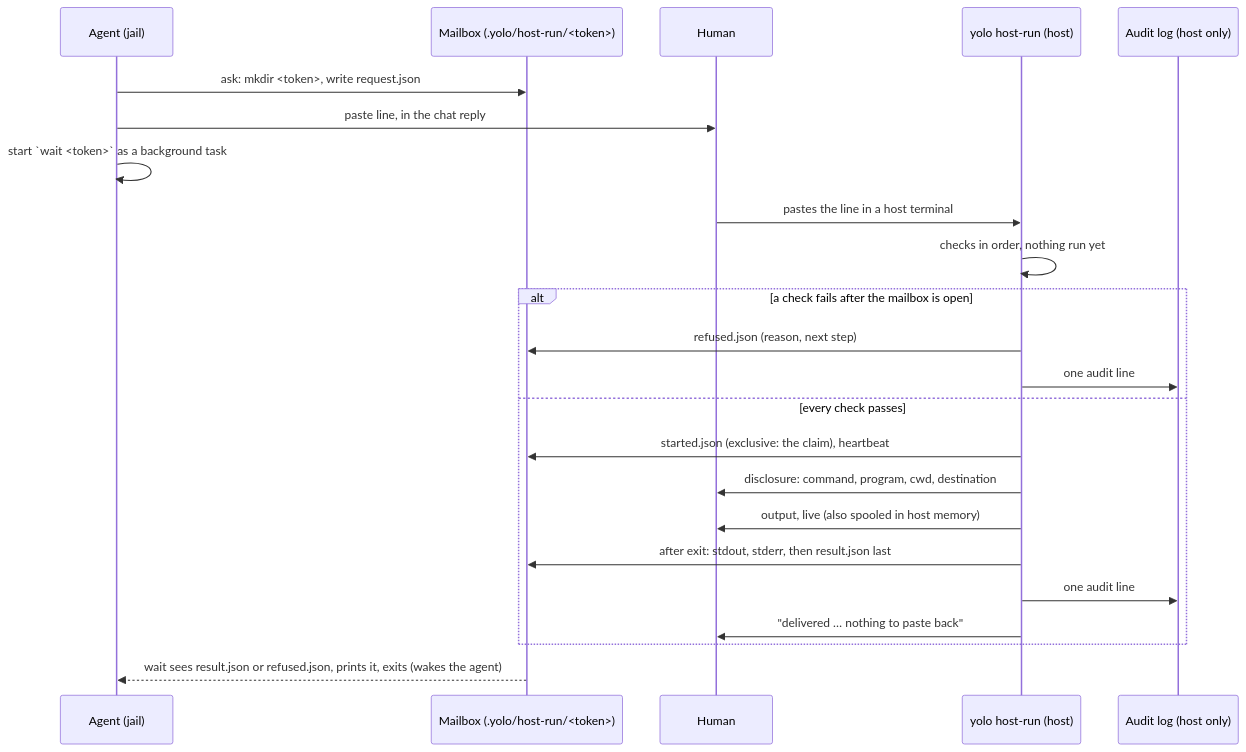
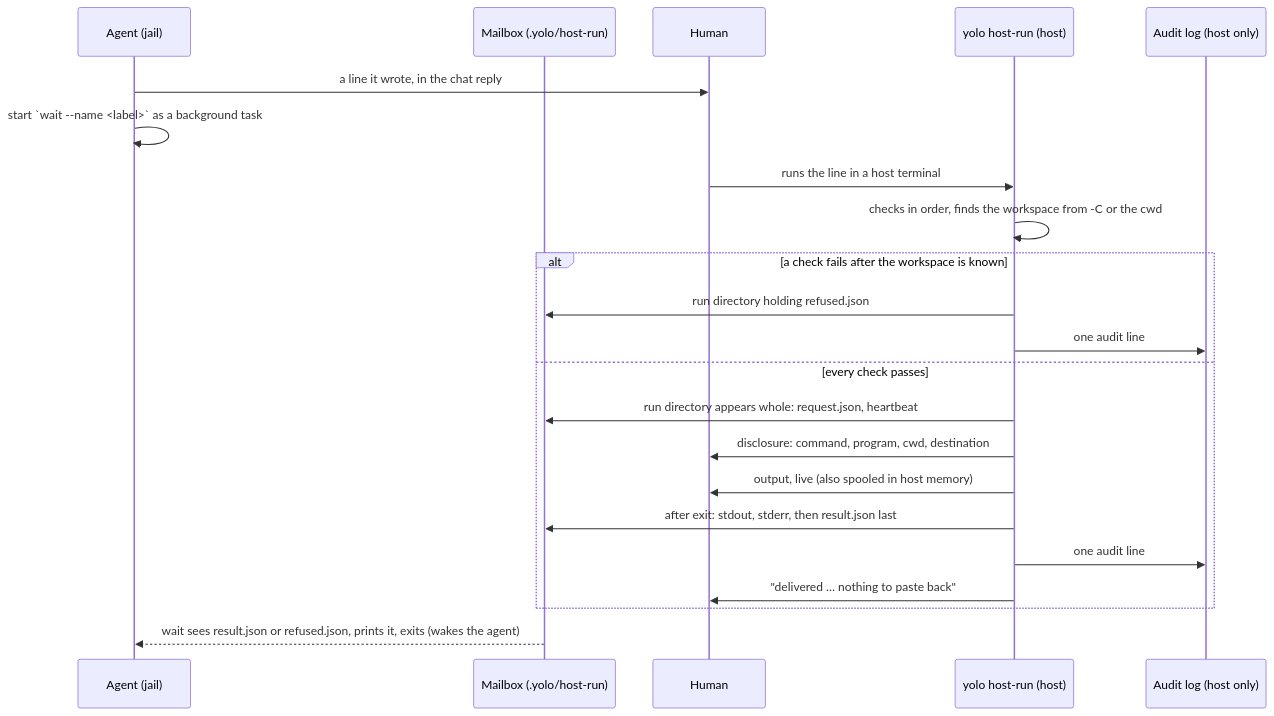
The diagram in docs/design/host-run-mailbox.md (kurt-hs/yolo-jail), drawn with Mermaid before and after one commit. The commit also changed other lines of this file and 2 other files, not shown here.

Commit message:
docs(design): host-run lines any agent or human can write; rule OQ-HX1

````diff
--- a/docs/design/host-run-mailbox.md
+++ b/docs/design/host-run-mailbox.md
@@ -218,25 +251,24 @@
 ```mermaid
 sequenceDiagram
     participant A as Agent (jail)
-    participant M as Mailbox (.yolo/host-run/<token>)
+    participant M as Mailbox (.yolo/host-run)
     participant H as Human
     participant Y as yolo host-run (host)
     participant L as Audit log (host only)
-    A->>M: ask: mkdir <token>, write request.json
-    A->>H: paste line, in the chat reply
-    A->>A: start `wait <token>` as a background task
-    H->>Y: pastes the line in a host terminal
-    Y->>Y: checks in order, nothing run yet
-    alt a check fails after the mailbox is open
-        Y->>M: refused.json (reason, next step)
+    A->>H: a line it wrote, in the chat reply
+    A->>A: start `wait --name <label>` as a background task
+    H->>Y: runs the line in a host terminal
+    Y->>Y: checks in order, finds the workspace from -C or the cwd
+    alt a check fails after the workspace is known
+        Y->>M: run directory holding refused.json
         Y->>L: one audit line
     else every check passes
-        Y->>M: started.json (exclusive: the claim), heartbeat
+        Y->>M: run directory appears whole: request.json, heartbeat
         Y->>H: disclosure: command, program, cwd, destination
         Y->>H: output, live (also spooled in host memory)
         Y->>M: after exit: stdout, stderr, then result.json last
         Y->>L: one audit line
         Y->>H: "delivered … nothing to paste back"
     end
     M-->>A: wait sees result.json or refused.json, prints it, exits (wakes the agent)
 ```
````
